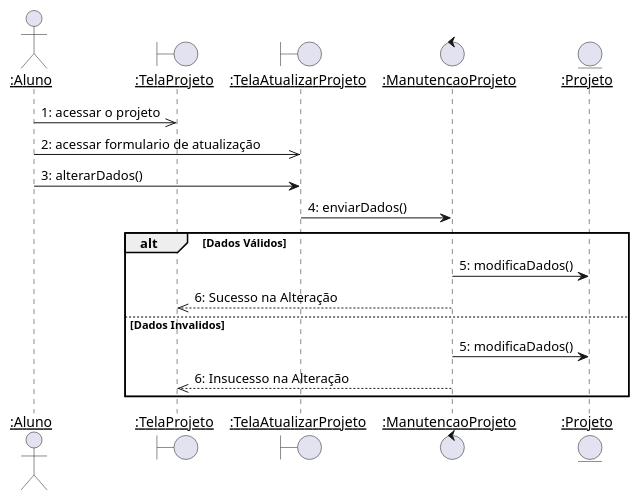
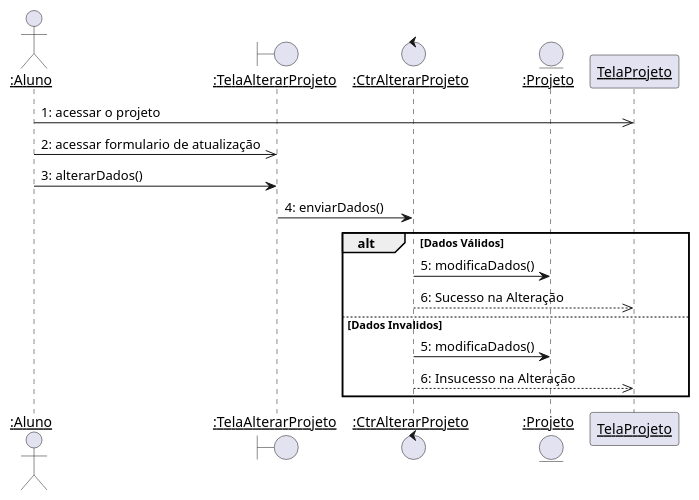
One commit to Pedro-V/projetorium changed the diagram in diagramas/sequencia/alterar_projeto.puml. Above: the diagram before and after it, drawn with PlantUML. The commit also changed 18 other files, not shown here.

```diff
--- a/diagramas/sequencia/alterar_projeto.puml
+++ b/diagramas/sequencia/alterar_projeto.puml
@@ -1,25 +1,24 @@
-@startuml alterar_projeto
+@startuml
 skinparam sequenceParticipant underline
 
 actor ":Aluno" as Aluno
-boundary ":TelaProjeto" as TelaProjeto
-boundary ":TelaAtualizarProjeto" as TelaAtualizarProjeto
-control ":ManutencaoProjeto" as ManutencaoProjeto
+boundary ":TelaAlterarProjeto" as TelaAlterarProjeto
+control ":CtrAlterarProjeto" as CtrAlterarProjeto
 entity ":Projeto" as Projeto
 
 
 Aluno ->> TelaProjeto : 1: acessar o projeto
-Aluno ->> TelaAtualizarProjeto : 2: acessar formulario de atualização
-Aluno -> TelaAtualizarProjeto : 3: alterarDados()
+Aluno ->> TelaAlterarProjeto : 2: acessar formulario de atualização
+Aluno -> TelaAlterarProjeto : 3: alterarDados()
 
-TelaAtualizarProjeto -> ManutencaoProjeto : 4: enviarDados()
+TelaAlterarProjeto -> CtrAlterarProjeto : 4: enviarDados()
 
 alt Dados Válidos
-    ManutencaoProjeto -> Projeto : 5: modificaDados()
-    ManutencaoProjeto -->> TelaProjeto --: 6: Sucesso na Alteração
+    CtrAlterarProjeto -> Projeto : 5: modificaDados()
+    CtrAlterarProjeto -->> TelaProjeto --: 6: Sucesso na Alteração
 else Dados Invalidos
-    ManutencaoProjeto -> Projeto : 5: modificaDados()
-    ManutencaoProjeto -->> TelaProjeto --: 6: Insucesso na Alteração
+    CtrAlterarProjeto -> Projeto : 5: modificaDados()
+    CtrAlterarProjeto -->> TelaProjeto --: 6: Insucesso na Alteração
 end
 
 @enduml
```
